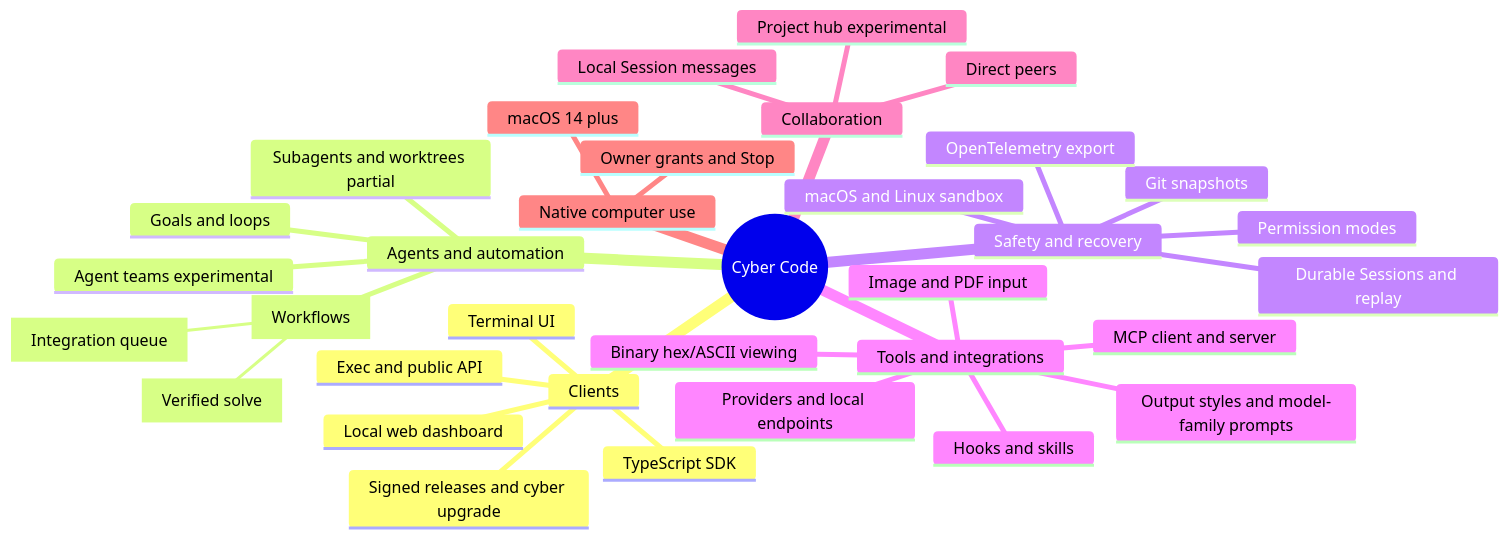
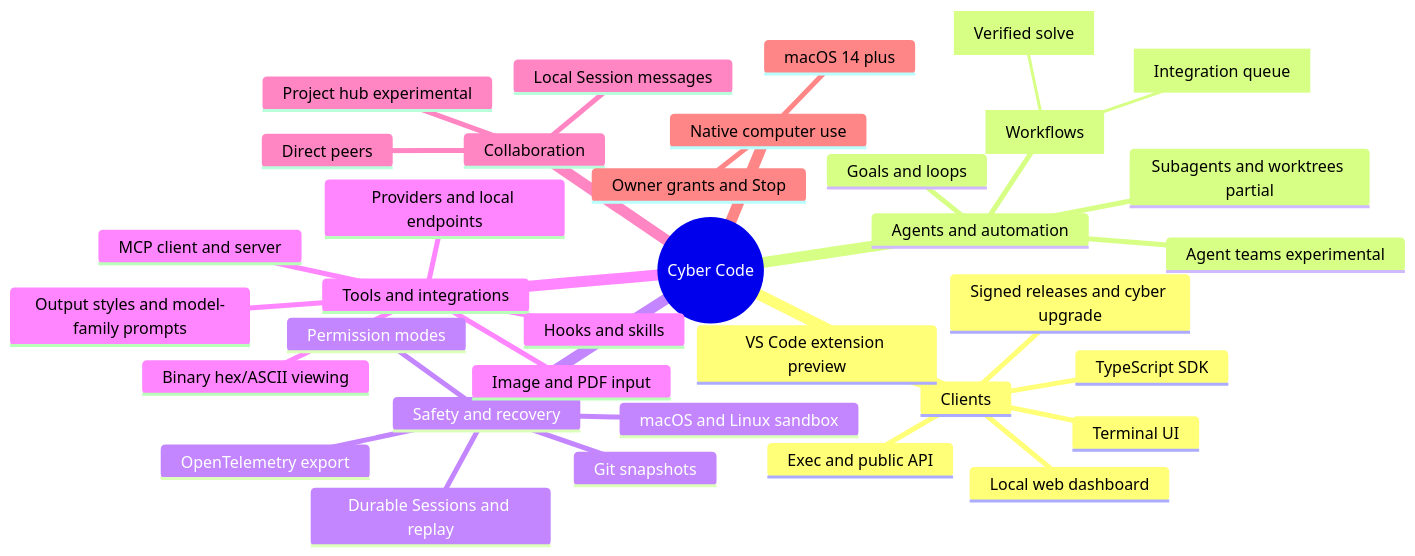
The diagram in README.md (CyberdyneCorp/cybercode-cli), drawn with Mermaid before and after one commit. The commit also changed other lines of this file and 7 other files, not shown here.

First line of the commit message:
Document the VS Code extension

````diff
--- a/README.md
+++ b/README.md
@@ -130,37 +130,38 @@
 ```mermaid
 mindmap
   root((Cyber Code))
     Clients
       Terminal UI
       Exec and public API
       Local web dashboard
+      VS Code extension preview
       TypeScript SDK
       Signed releases and cyber upgrade
     Agents and automation
       Subagents and worktrees partial
       workflows["Workflows"]
         solve["Verified solve"]
         integrations["Integration queue"]
       Goals and loops
       Agent teams experimental
     Safety and recovery
       Permission modes
       macOS and Linux sandbox
       Git snapshots
       Durable Sessions and replay
       OpenTelemetry export
     Tools and integrations
       Providers and local endpoints
       MCP client and server
       Hooks and skills
       Image and PDF input
       Binary hex/ASCII viewing
       Output styles and model-family prompts
     Collaboration
       Local Session messages
       Direct peers
       Project hub experimental
     Native computer use
       macOS 14 plus
       Owner grants and Stop
 ```
````
